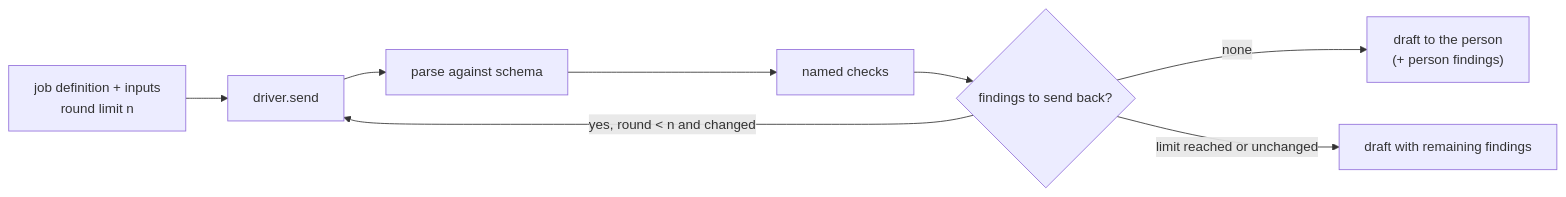
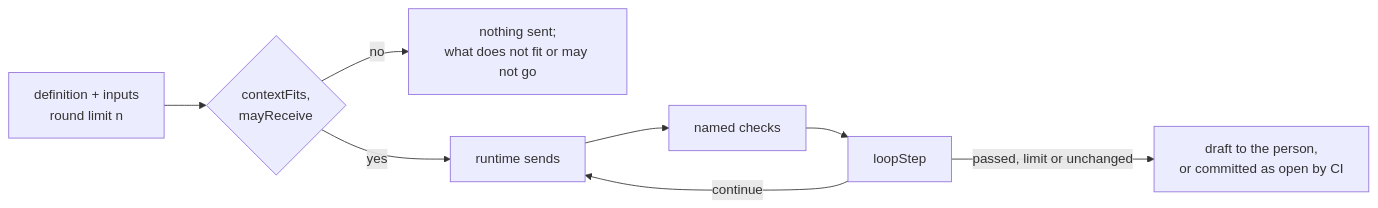
The diagram in docs/architecture/ARC-007-job-definitions-as-data.md (akmaier/agent-m), drawn with Mermaid before and after one commit. The commit also changed other lines of this file and 5 other files, not shown here.

First line of the commit message:
docs: ARC-007 job definitions as data and a job as pure steps, open for review; MOD-job-harness' module file leaves

````diff
--- a/docs/architecture/ARC-007-job-definitions-as-data.md
+++ b/docs/architecture/ARC-007-job-definitions-as-data.md
@@ -113,10 +95,10 @@
 ```mermaid
 flowchart LR
-    S["job definition + inputs<br/>round limit n"] --> D["driver.send"]
-    D --> P["parse against schema"]
-    P --> C["named checks"]
-    C --> K{"findings to send back?"}
-    K -- none --> OUT["draft to the person<br/>(+ person findings)"]
-    K -- "yes, round < n and changed" --> D
-    K -- "limit reached or unchanged" --> OUT2["draft with remaining findings"]
+    S["definition + inputs<br/>round limit n"] --> F{"contextFits,<br/>mayReceive"}
+    F -- no --> X["nothing sent;<br/>what does not fit or may not go"]
+    F -- yes --> D["runtime sends"]
+    D --> C["named checks"]
+    C --> L["loopStep"]
+    L -- continue --> D
+    L -- "passed, limit or unchanged" --> OUT["draft to the person,<br/>or committed as open by CI"]
 ```
````
